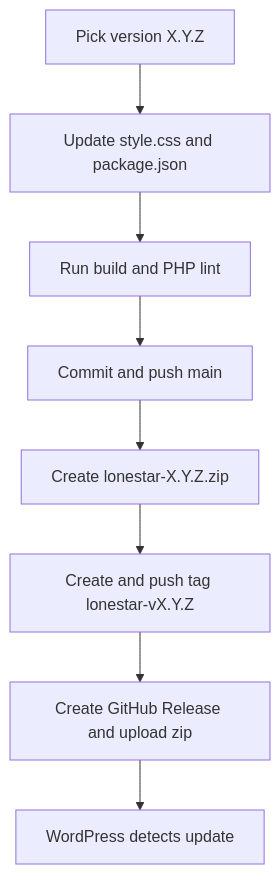
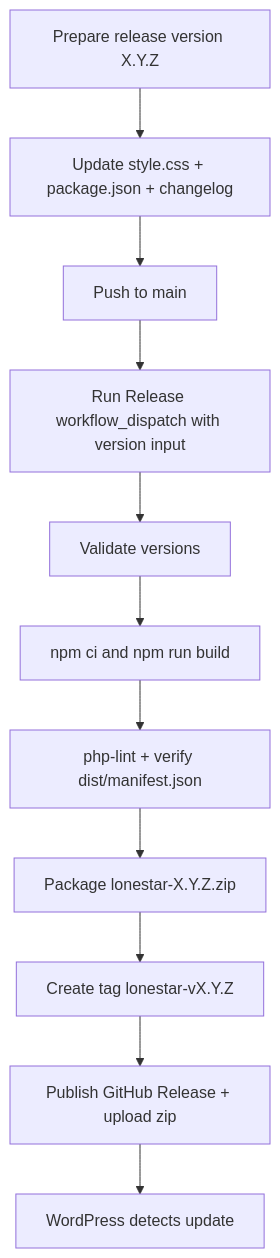
The diagram in docs/parent-release-updates.md (blonestar/wp-lonestar), drawn with Mermaid before and after one commit. The commit also changed other lines of this file and 3 other files, not shown here.

Commit message:
docs(release): document workflow_dispatch release procedure

````diff
--- a/docs/parent-release-updates.md
+++ b/docs/parent-release-updates.md
@@ -22,10 +31,13 @@
 ```mermaid
 flowchart TD
-    A[Pick version X.Y.Z] --> B[Update style.css and package.json]
-    B --> C[Run build and PHP lint]
-    C --> D[Commit and push main]
-    D --> E[Create lonestar-X.Y.Z.zip]
-    E --> F[Create and push tag lonestar-vX.Y.Z]
-    F --> G[Create GitHub Release and upload zip]
-    G --> H[WordPress detects update]
+    A[Prepare release version X.Y.Z] --> B[Update style.css + package.json + changelog]
+    B --> C[Push to main]
+    C --> D[Run Release workflow_dispatch with version input]
+    D --> E[Validate versions]
+    E --> F[npm ci and npm run build]
+    F --> G[php-lint + verify dist/manifest.json]
+    G --> H[Package lonestar-X.Y.Z.zip]
+    H --> I[Create tag lonestar-vX.Y.Z]
+    I --> J[Publish GitHub Release + upload zip]
+    J --> K[WordPress detects update]
 ```
````
